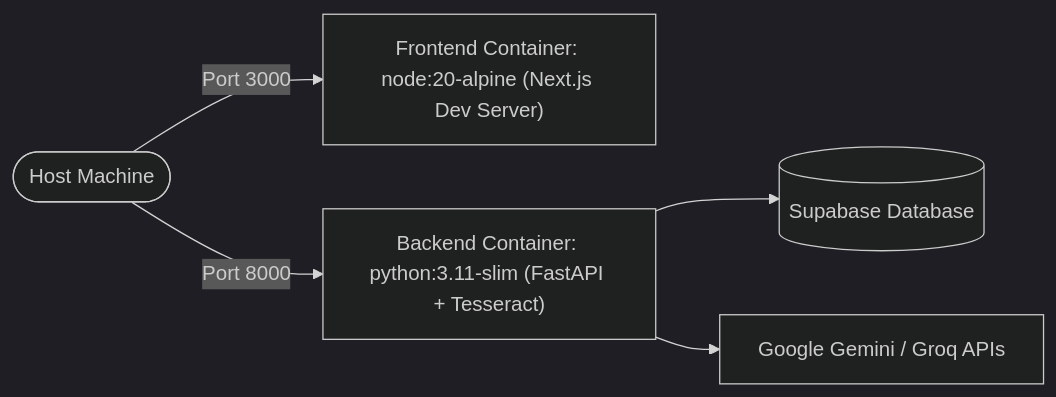
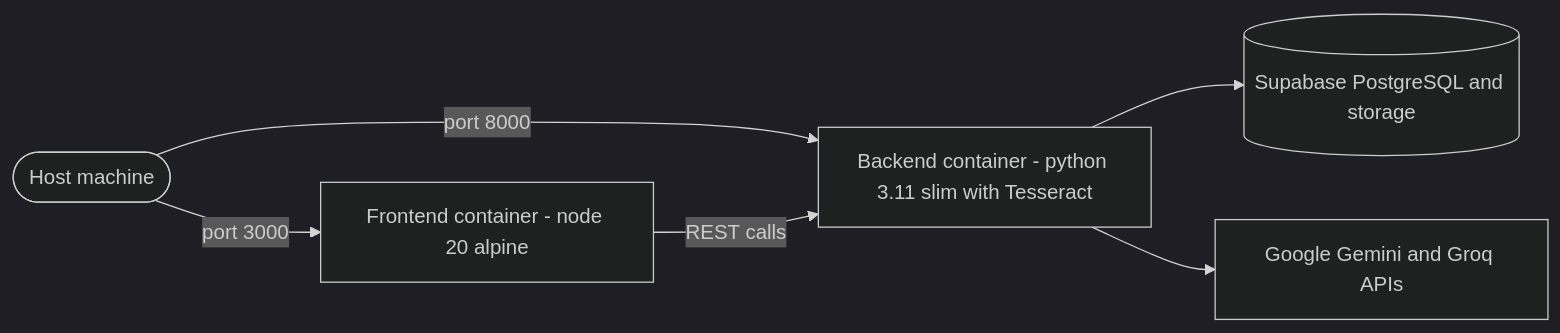
Diagram 11 of 12 in README.md (tanisha-64/NyayaPramaan), drawn with Mermaid (dark theme) before and after one commit. The commit also changed other lines of this file, not shown here.

Commit message:
docs: fix all mermaid diagrams, update structure and add troubleshooting

````diff
--- a/README.md
+++ b/README.md
@@ -1149,8 +1063,8 @@
 ```mermaid
 flowchart LR
-    Host(["Host Machine"]) -->|Port 3000| FrontC["Frontend Container: node:20-alpine (Next.js Dev Server)"]
-    Host -->|Port 8000| BackC["Backend Container: python:3.11-slim (FastAPI + Tesseract)"]
-    
-    BackC --> CloudDB[("Supabase Database")]
-    BackC --> CloudAI["Google Gemini / Groq APIs"]
+    Host(["Host machine"]) -->|"port 3000"| FrontC["Frontend container - node 20 alpine"]
+    Host -->|"port 8000"| BackC["Backend container - python 3.11 slim with Tesseract"]
+    FrontC -->|"REST calls"| BackC
+    BackC --> Supa[("Supabase PostgreSQL and storage")]
+    BackC --> AIAPIs["Google Gemini and Groq APIs"]
 ```
````
